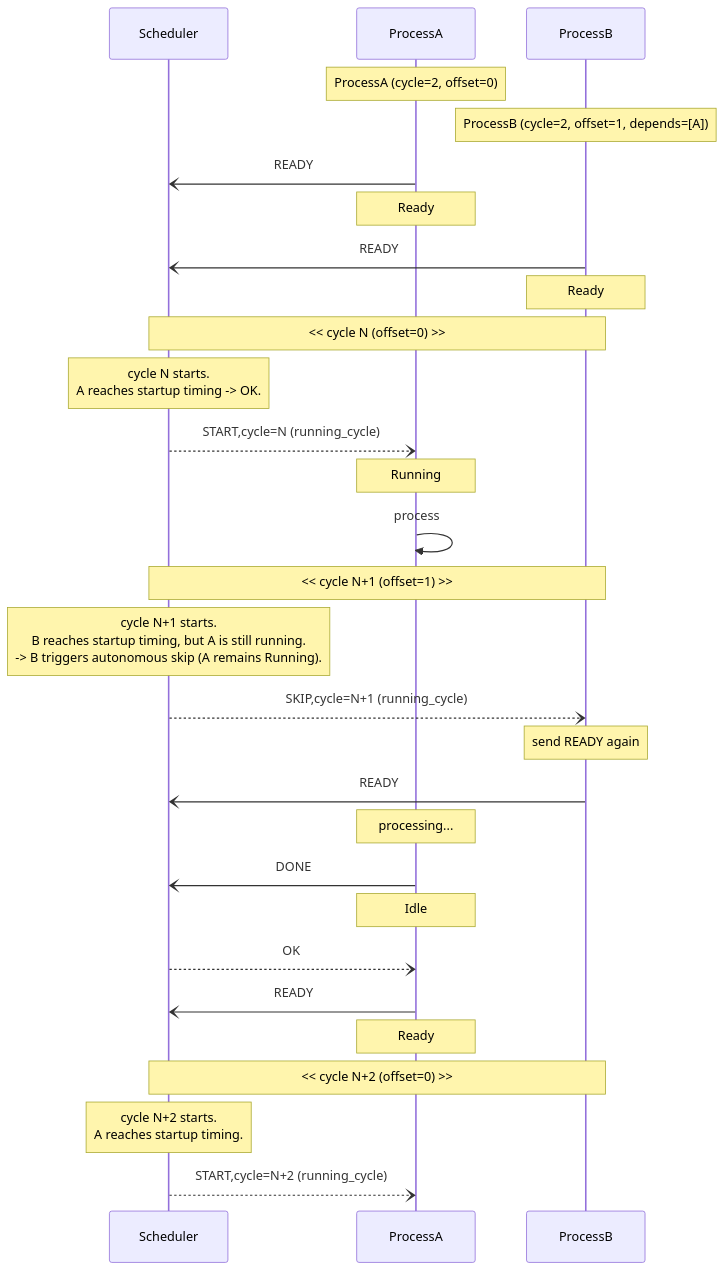
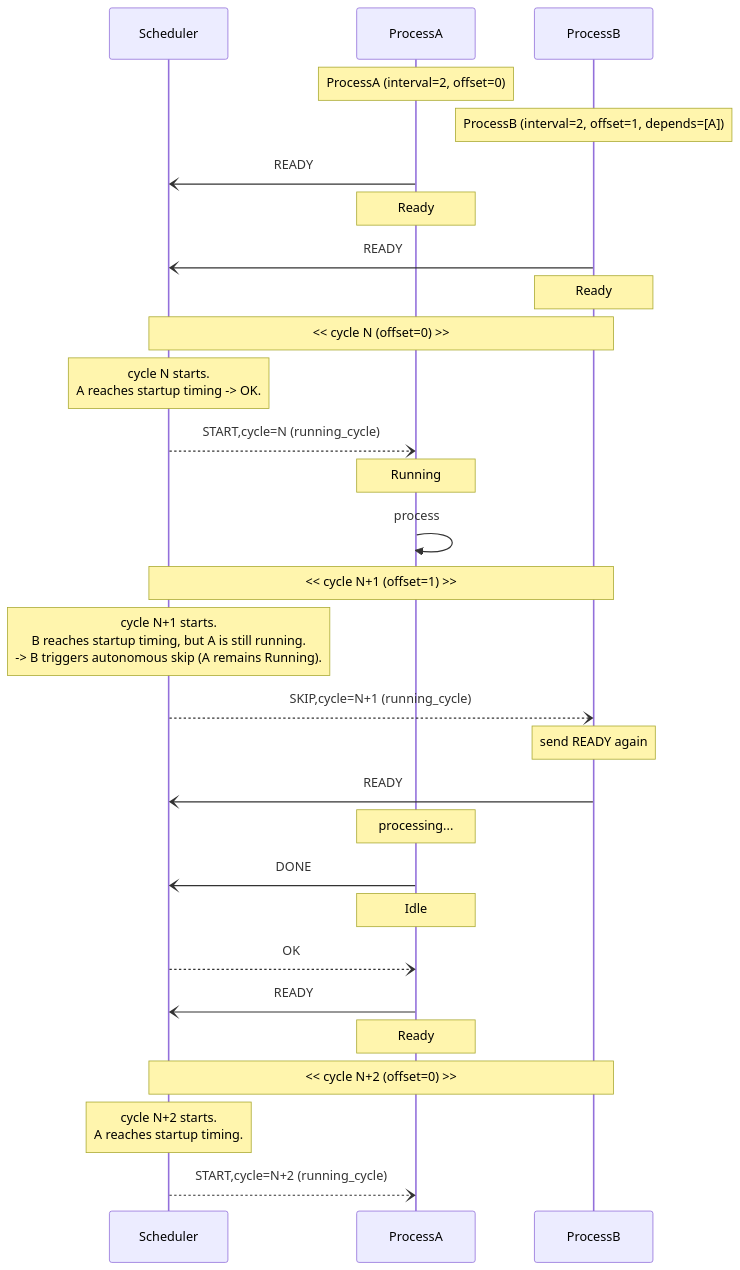
One commit to nao-kawano/ritsu-scheduler changed the second of 4 diagrams in docs/message-sequence-skip.md. Above: the diagram before and after it, drawn with Mermaid. The commit also changed other lines of this file and 3 other files, not shown here.

First line of the commit message:
docs: update timing terminology and specification diagrams

````diff
--- a/docs/message-sequence-skip.md
+++ b/docs/message-sequence-skip.md
@@ -86,40 +86,40 @@
 ```mermaid
 sequenceDiagram
   participant S as Scheduler
   participant A as ProcessA
   participant B as ProcessB
 
-  Note over A: ProcessA (cycle=2, offset=0)
-  Note over B: ProcessB (cycle=2, offset=1, depends=[A])
+  Note over A: ProcessA (interval=2, offset=0)
+  Note over B: ProcessB (interval=2, offset=1, depends=[A])
 
   A -) S: READY
   Note over A: Ready
   B -) S: READY
   Note over B: Ready
 
 Note over S,B: << cycle N (offset=0) >>
 
   Note over S: cycle N starts.<br />A reaches startup timing -> OK.
   S --) A: START,cycle=N (running_cycle)
   Note over A: Running
   A ->> A: process
 
 Note over S,B: << cycle N+1 (offset=1) >>
   Note over S: cycle N+1 starts.<br />B reaches startup timing, but A is still running.<br />-> B triggers autonomous skip (A remains Running).
 
   S --) B: SKIP,cycle=N+1 (running_cycle)
   Note over B: send READY again
   B -) S: READY
 
   Note over A: processing...
   A -) S: DONE
   Note over A: Idle
   S --) A: OK
 
   A -) S: READY
   Note over A: Ready
 
 Note over S,B: << cycle N+2 (offset=0) >>
   Note over S: cycle N+2 starts.<br />A reaches startup timing.
   S --) A: START,cycle=N+2 (running_cycle)
 ```
````
